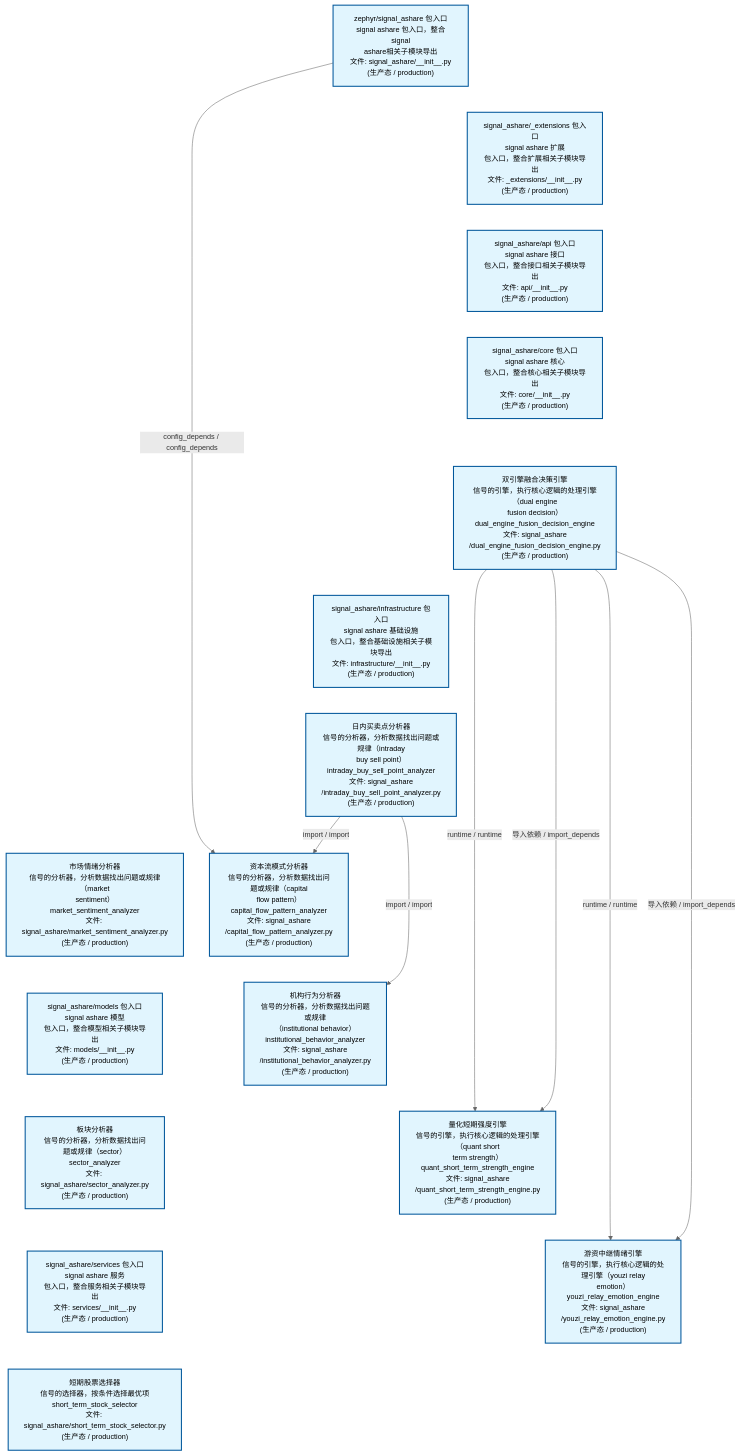
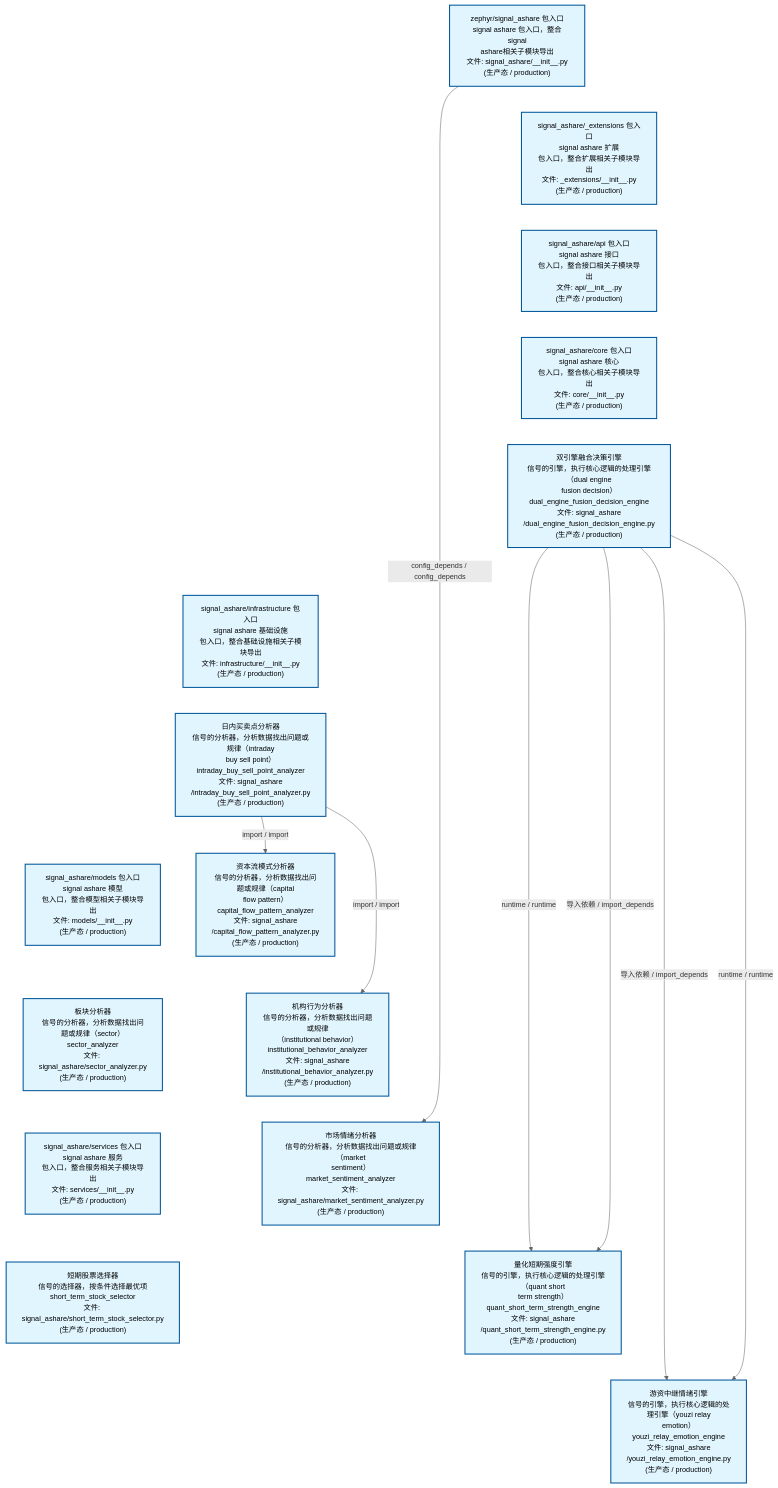
The second of 4 diagrams in docs/02_enterprise_architecture/02_domain_architecture_docs/32_d_ashare_signal.md (xuanFelixVan/ZephyrAlpha), drawn with Mermaid before and after one commit. The commit also changed other lines of this file and 44 other files, not shown here.

````diff
--- a/docs/02_enterprise_architecture/02_domain_architecture_docs/32_d_ashare_signal.md
+++ b/docs/02_enterprise_architecture/02_domain_architecture_docs/32_d_ashare_signal.md
@@ -114,46 +114,46 @@
 ```mermaid
 %%{init: {'theme': 'base', 'themeVariables': {'primaryColor': '#eaeaea', 'primaryTextColor': '#333333', 'primaryBorderColor': '#666666', 'lineColor': '#666666', 'secondaryColor': '#eaeaea', 'tertiaryColor': '#eaeaea', 'fontSize': '14px'}}}%%
 flowchart TD
     src_zephyr_signal_ashare_init_py["zephyr/signal_ashare 包入口<br/>signal ashare 包入口，整合signal<br/>ashare相关子模块导出<br/>文件: signal_ashare/__init__.py<br/>(生产态 / production)"]
     src_zephyr_signal_ashare_extensions_init_py["signal_ashare/_extensions 包入口<br/>signal ashare 扩展<br/>包入口，整合扩展相关子模块导出<br/>文件: _extensions/__init__.py<br/>(生产态 / production)"]
     src_zephyr_signal_ashare_api_init_py["signal_ashare/api 包入口<br/>signal ashare 接口<br/>包入口，整合接口相关子模块导出<br/>文件: api/__init__.py<br/>(生产态 / production)"]
     src_zephyr_signal_ashare_core_init_py["signal_ashare/core 包入口<br/>signal ashare 核心<br/>包入口，整合核心相关子模块导出<br/>文件: core/__init__.py<br/>(生产态 / production)"]
     src_zephyr_signal_ashare_dual_engine_fusion_decision_engine_py["双引擎融合决策引擎<br/>信号的引擎，执行核心逻辑的处理引擎（dual engine<br/>fusion decision）<br/>dual_engine_fusion_decision_engine<br/>文件: signal_ashare<br/>/dual_engine_fusion_decision_engine.py<br/>(生产态 / production)"]
     src_zephyr_signal_ashare_infrastructure_init_py["signal_ashare/infrastructure 包入口<br/>signal ashare 基础设施<br/>包入口，整合基础设施相关子模块导出<br/>文件: infrastructure/__init__.py<br/>(生产态 / production)"]
     src_zephyr_signal_ashare_intraday_buy_sell_point_analyzer_py["日内买卖点分析器<br/>信号的分析器，分析数据找出问题或规律（intraday<br/>buy sell point）<br/>intraday_buy_sell_point_analyzer<br/>文件: signal_ashare<br/>/intraday_buy_sell_point_analyzer.py<br/>(生产态 / production)"]
-    src_zephyr_signal_ashare_market_sentiment_analyzer_py["市场情绪分析器<br/>信号的分析器，分析数据找出问题或规律（market<br/>sentiment）<br/>market_sentiment_analyzer<br/>文件: signal_ashare/market_sentiment_analyzer.py<br/>(生产态 / production)"]
     src_zephyr_signal_ashare_models_init_py["signal_ashare/models 包入口<br/>signal ashare 模型<br/>包入口，整合模型相关子模块导出<br/>文件: models/__init__.py<br/>(生产态 / production)"]
     src_zephyr_signal_ashare_sector_analyzer_py["板块分析器<br/>信号的分析器，分析数据找出问题或规律（sector）<br/>sector_analyzer<br/>文件: signal_ashare/sector_analyzer.py<br/>(生产态 / production)"]
     src_zephyr_signal_ashare_services_init_py["signal_ashare/services 包入口<br/>signal ashare 服务<br/>包入口，整合服务相关子模块导出<br/>文件: services/__init__.py<br/>(生产态 / production)"]
     src_zephyr_signal_ashare_short_term_stock_selector_py["短期股票选择器<br/>信号的选择器，按条件选择最优项<br/>short_term_stock_selector<br/>文件: signal_ashare/short_term_stock_selector.py<br/>(生产态 / production)"]
     src_zephyr_signal_ashare_init_py ~~~ src_zephyr_signal_ashare_extensions_init_py
     src_zephyr_signal_ashare_extensions_init_py ~~~ src_zephyr_signal_ashare_api_init_py
     src_zephyr_signal_ashare_api_init_py ~~~ src_zephyr_signal_ashare_core_init_py
     src_zephyr_signal_ashare_core_init_py ~~~ src_zephyr_signal_ashare_dual_engine_fusion_decision_engine_py
     src_zephyr_signal_ashare_dual_engine_fusion_decision_engine_py ~~~ src_zephyr_signal_ashare_infrastructure_init_py
     src_zephyr_signal_ashare_infrastructure_init_py ~~~ src_zephyr_signal_ashare_intraday_buy_sell_point_analyzer_py
-    src_zephyr_signal_ashare_intraday_buy_sell_point_analyzer_py ~~~ src_zephyr_signal_ashare_market_sentiment_analyzer_py
-    src_zephyr_signal_ashare_market_sentiment_analyzer_py ~~~ src_zephyr_signal_ashare_models_init_py
+    src_zephyr_signal_ashare_intraday_buy_sell_point_analyzer_py ~~~ src_zephyr_signal_ashare_models_init_py
     src_zephyr_signal_ashare_models_init_py ~~~ src_zephyr_signal_ashare_sector_analyzer_py
     src_zephyr_signal_ashare_sector_analyzer_py ~~~ src_zephyr_signal_ashare_services_init_py
     src_zephyr_signal_ashare_services_init_py ~~~ src_zephyr_signal_ashare_short_term_stock_selector_py
     src_zephyr_signal_ashare_capital_flow_pattern_analyzer_py["资本流模式分析器<br/>信号的分析器，分析数据找出问题或规律（capital<br/>flow pattern）<br/>capital_flow_pattern_analyzer<br/>文件: signal_ashare<br/>/capital_flow_pattern_analyzer.py<br/>(生产态 / production)"]
     src_zephyr_signal_ashare_institutional_behavior_analyzer_py["机构行为分析器<br/>信号的分析器，分析数据找出问题或规律<br/>（institutional behavior）<br/>institutional_behavior_analyzer<br/>文件: signal_ashare<br/>/institutional_behavior_analyzer.py<br/>(生产态 / production)"]
+    src_zephyr_signal_ashare_market_sentiment_analyzer_py["市场情绪分析器<br/>信号的分析器，分析数据找出问题或规律（market<br/>sentiment）<br/>market_sentiment_analyzer<br/>文件: signal_ashare/market_sentiment_analyzer.py<br/>(生产态 / production)"]
     src_zephyr_signal_ashare_quant_short_term_strength_engine_py["量化短期强度引擎<br/>信号的引擎，执行核心逻辑的处理引擎（quant short<br/>term strength）<br/>quant_short_term_strength_engine<br/>文件: signal_ashare<br/>/quant_short_term_strength_engine.py<br/>(生产态 / production)"]
     src_zephyr_signal_ashare_youzi_relay_emotion_engine_py["游资中继情绪引擎<br/>信号的引擎，执行核心逻辑的处理引擎（youzi relay<br/>emotion）<br/>youzi_relay_emotion_engine<br/>文件: signal_ashare<br/>/youzi_relay_emotion_engine.py<br/>(生产态 / production)"]
     src_zephyr_signal_ashare_capital_flow_pattern_analyzer_py ~~~ src_zephyr_signal_ashare_institutional_behavior_analyzer_py
-    src_zephyr_signal_ashare_institutional_behavior_analyzer_py ~~~ src_zephyr_signal_ashare_quant_short_term_strength_engine_py
+    src_zephyr_signal_ashare_institutional_behavior_analyzer_py ~~~ src_zephyr_signal_ashare_market_sentiment_analyzer_py
+    src_zephyr_signal_ashare_market_sentiment_analyzer_py ~~~ src_zephyr_signal_ashare_quant_short_term_strength_engine_py
     src_zephyr_signal_ashare_quant_short_term_strength_engine_py ~~~ src_zephyr_signal_ashare_youzi_relay_emotion_engine_py
-    src_zephyr_signal_ashare_init_py -->|config_depends / config_depends| src_zephyr_signal_ashare_capital_flow_pattern_analyzer_py
     src_zephyr_signal_ashare_intraday_buy_sell_point_analyzer_py -->|import / import| src_zephyr_signal_ashare_capital_flow_pattern_analyzer_py
     src_zephyr_signal_ashare_intraday_buy_sell_point_analyzer_py -->|import / import| src_zephyr_signal_ashare_institutional_behavior_analyzer_py
     src_zephyr_signal_ashare_dual_engine_fusion_decision_engine_py -->|runtime / runtime| src_zephyr_signal_ashare_quant_short_term_strength_engine_py
     src_zephyr_signal_ashare_dual_engine_fusion_decision_engine_py -->|导入依赖 / import_depends| src_zephyr_signal_ashare_quant_short_term_strength_engine_py
+    src_zephyr_signal_ashare_dual_engine_fusion_decision_engine_py -->|导入依赖 / import_depends| src_zephyr_signal_ashare_youzi_relay_emotion_engine_py
     src_zephyr_signal_ashare_dual_engine_fusion_decision_engine_py -->|runtime / runtime| src_zephyr_signal_ashare_youzi_relay_emotion_engine_py
-    src_zephyr_signal_ashare_dual_engine_fusion_decision_engine_py -->|导入依赖 / import_depends| src_zephyr_signal_ashare_youzi_relay_emotion_engine_py
+    src_zephyr_signal_ashare_init_py -->|config_depends / config_depends| src_zephyr_signal_ashare_market_sentiment_analyzer_py
     classDef production fill:#e1f5fe,stroke:#01579b,stroke-width:2px,color:#000
     classDef design fill:#fff3e0,stroke:#e65100,stroke-width:2px,color:#000,stroke-dasharray: 5 5
     classDef external_prod fill:#e8f4fd,stroke:#0277bd,stroke-width:1px,color:#000
     classDef external_design fill:#fff8e7,stroke:#ef6c00,stroke-width:1px,color:#000,stroke-dasharray: 5 5
     class src_zephyr_signal_ashare_init_py,src_zephyr_signal_ashare_extensions_init_py,src_zephyr_signal_ashare_api_init_py,src_zephyr_signal_ashare_capital_flow_pattern_analyzer_py,src_zephyr_signal_ashare_core_init_py,src_zephyr_signal_ashare_dual_engine_fusion_decision_engine_py,src_zephyr_signal_ashare_infrastructure_init_py,src_zephyr_signal_ashare_institutional_behavior_analyzer_py,src_zephyr_signal_ashare_intraday_buy_sell_point_analyzer_py,src_zephyr_signal_ashare_market_sentiment_analyzer_py,src_zephyr_signal_ashare_models_init_py,src_zephyr_signal_ashare_quant_short_term_strength_engine_py,src_zephyr_signal_ashare_sector_analyzer_py,src_zephyr_signal_ashare_services_init_py,src_zephyr_signal_ashare_short_term_stock_selector_py,src_zephyr_signal_ashare_youzi_relay_emotion_engine_py production
 ```
````
